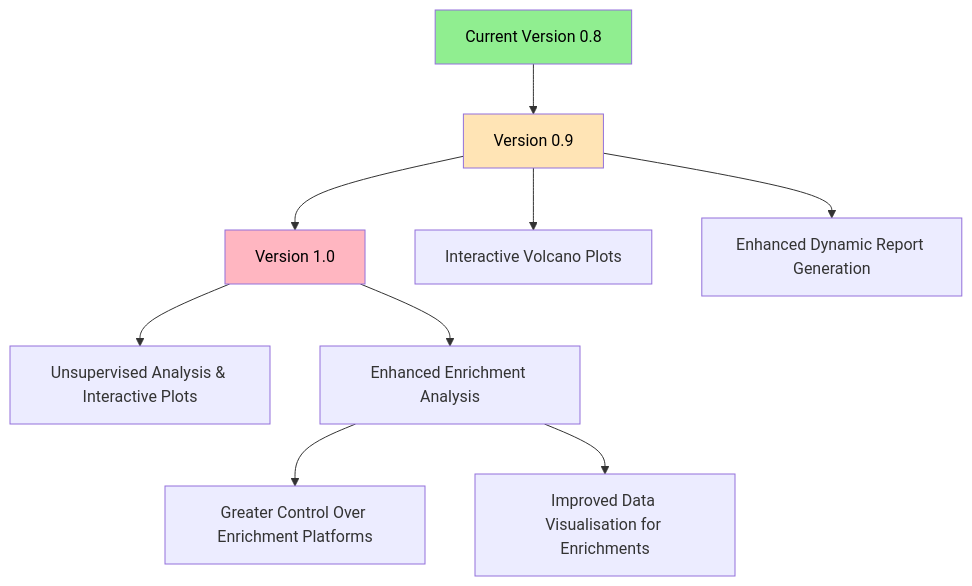
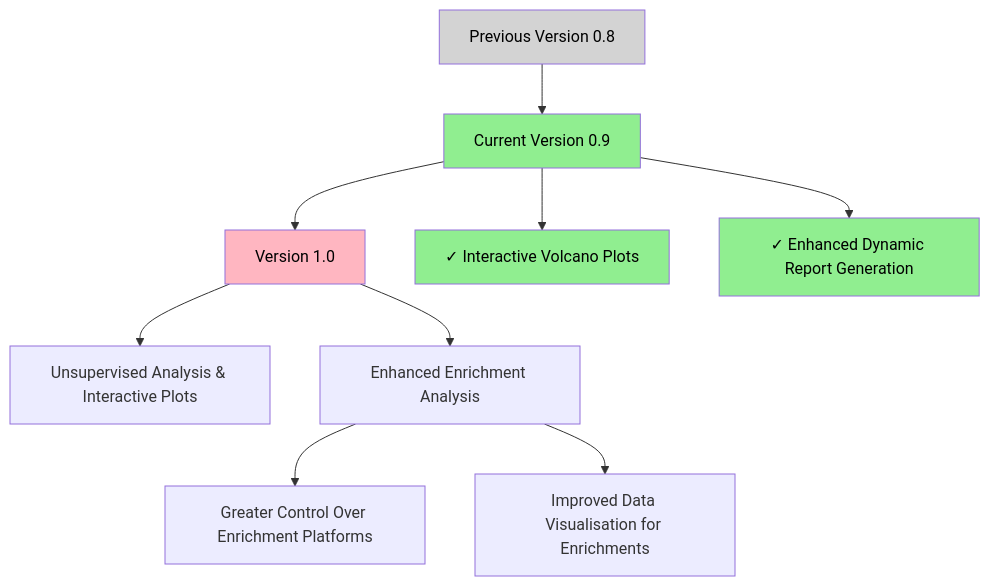
Before and after one commit to APAF-bioinformatics/ProteomeScholaR: the diagram in README.md, drawn with Mermaid. The commit also changed other lines of this file, not shown here.

````diff
--- a/README.md
+++ b/README.md
@@ -76,14 +83,16 @@
 ```mermaid
 graph TD
-A[Current Version 0.8] --> B[Version 0.9]
+A[Previous Version 0.8] --> B[Current Version 0.9]
 B --> C[Version 1.0]
-B --> D[Interactive Volcano Plots]
-B --> E[Enhanced Dynamic Report Generation]
+B --> D[✓ Interactive Volcano Plots]
+B --> E[✓ Enhanced Dynamic Report Generation]
 C --> F[Unsupervised Analysis & Interactive Plots]
 C --> G[Enhanced Enrichment Analysis]
 G --> H[Greater Control Over Enrichment Platforms]
 G --> I[Improved Data Visualisation for Enrichments]
-style A fill:#90EE90,color:#000000
-style B fill:#FFE4B5,color:#000000
+style A fill:#D3D3D3,color:#000000
+style B fill:#90EE90,color:#000000
 style C fill:#FFB6C1,color:#000000
+style D fill:#90EE90,color:#000000
+style E fill:#90EE90,color:#000000
 ```
````
